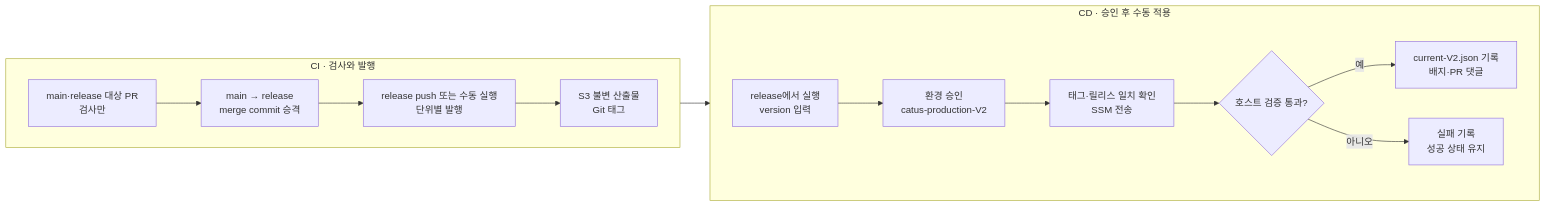
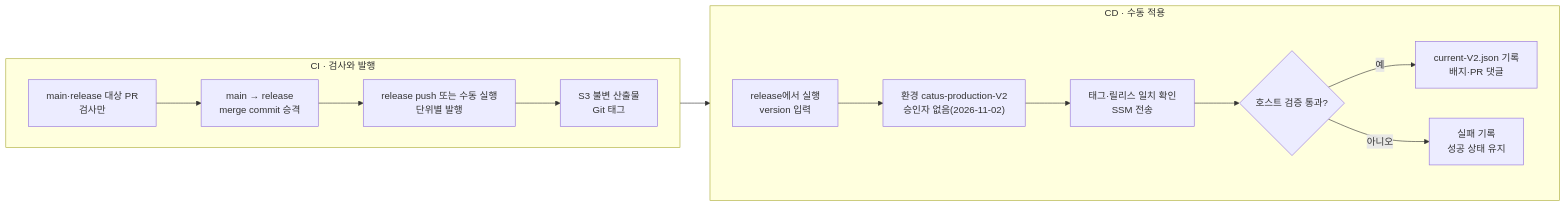
The diagram in docs/engineering/prod-v2-pipeline.md (OneOrThree/phone), drawn with Mermaid before and after one commit. The commit also changed other lines of this file and 21 other files, not shown here.

````diff
--- a/docs/engineering/prod-v2-pipeline.md
+++ b/docs/engineering/prod-v2-pipeline.md
@@ -49,18 +49,18 @@
 ```mermaid
 flowchart LR
     subgraph CI["CI · 검사와 발행"]
         direction LR
         C1["main·release 대상 PR<br/>검사만"] --> C2["main → release<br/>merge commit 승격"]
         C2 --> C3["release push 또는 수동 실행<br/>단위별 발행"]
         C3 --> C4["S3 불변 산출물<br/>Git 태그"]
     end
-    subgraph CD["CD · 승인 후 수동 적용"]
+    subgraph CD["CD · 수동 적용"]
         direction LR
-        D1["release에서 실행<br/>version 입력"] --> D2["환경 승인<br/>catus-production-V2"]
+        D1["release에서 실행<br/>version 입력"] --> D2["환경 catus-production-V2<br/>승인자 없음(2026-11-02)"]
         D2 --> D3["태그·릴리스 일치 확인<br/>SSM 전송"]
         D3 --> D4{"호스트 검증 통과?"}
         D4 -->|예| D5["current-V2.json 기록<br/>배지·PR 댓글"]
         D4 -->|아니오| D6["실패 기록<br/>성공 상태 유지"]
     end
     C4 --> D1
 ```
````
